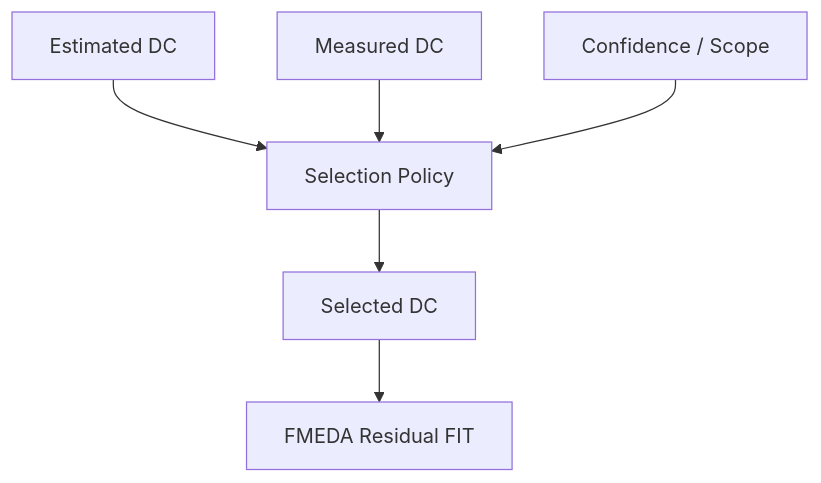
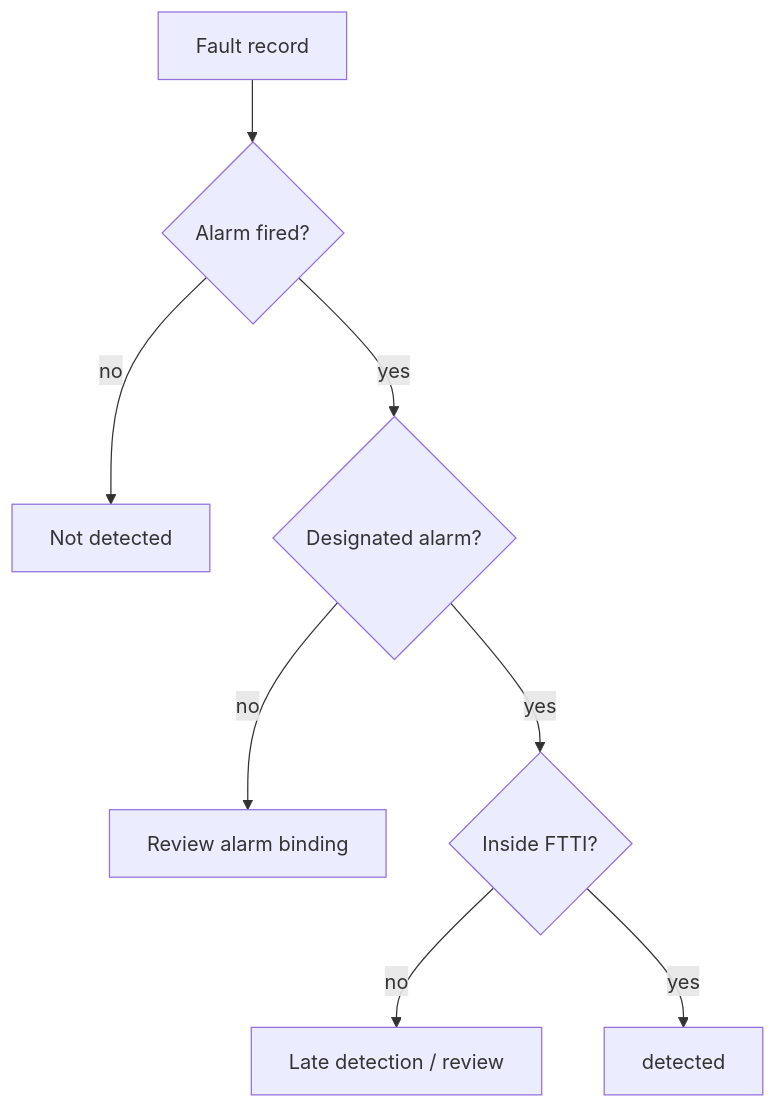
The fifth of 10 diagrams in articles/13_automotive_safeic_practice_d13_github_en_fmeda_update.md (qiqixixi1001/automotive-safeic-practice), drawn with Mermaid before and after one commit. The commit also changed other lines of this file, not shown here.

````diff
--- a/articles/13_automotive_safeic_practice_d13_github_en_fmeda_update.md
+++ b/articles/13_automotive_safeic_practice_d13_github_en_fmeda_update.md
@@ -280,8 +242,10 @@
 ```mermaid
 flowchart TD
-    A[Estimated DC] --> D[Selection Policy]
-    B[Measured DC] --> D
-    C[Confidence / Scope] --> D
-    D --> E[Selected DC]
-    E --> F[FMEDA Residual FIT]
+    A[Fault record] --> B{Alarm fired?}
+    B -- no --> X[Not detected]
+    B -- yes --> C{Designated alarm?}
+    C -- no --> Y[Review alarm binding]
+    C -- yes --> D{Inside FTTI?}
+    D -- no --> Z[Late detection / review]
+    D -- yes --> E[detected]
 ```
````
